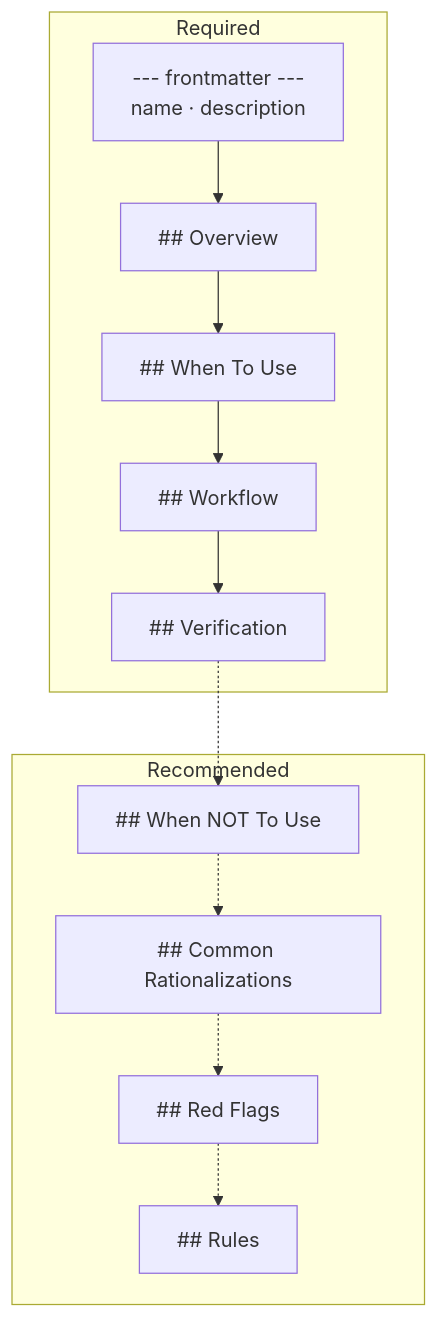
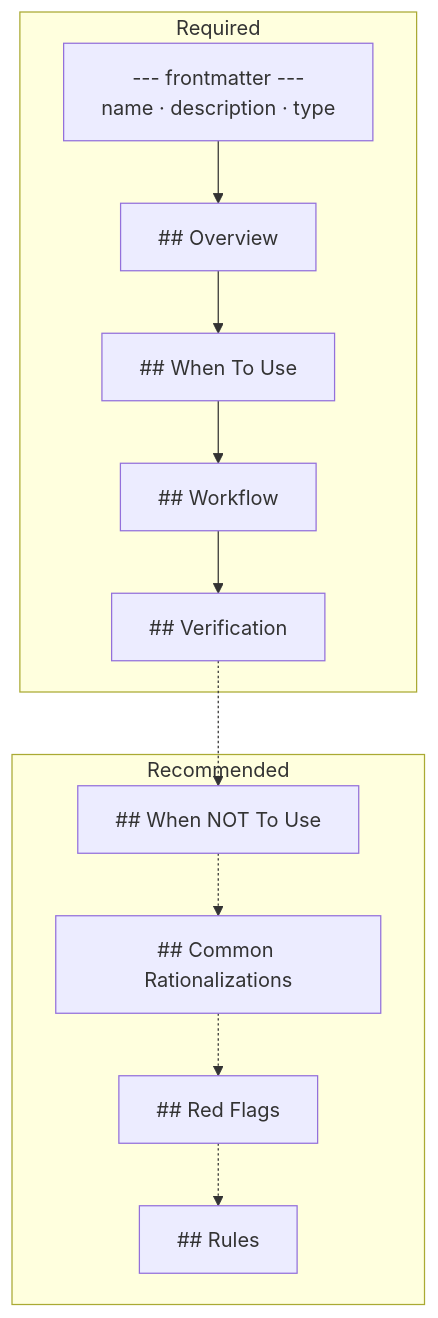
One commit to moberghr/mtk-agent-toolkit changed the first of 2 diagrams in docs/skill-anatomy.md. Above: the diagram before and after it, drawn with Mermaid. The commit also changed 50 other files, not shown here.

````diff
--- a/docs/skill-anatomy.md
+++ b/docs/skill-anatomy.md
@@ -49,20 +49,20 @@
 ```mermaid
 graph TD
     subgraph Required
-        FM["--- frontmatter ---<br/>name · description"]
+        FM["--- frontmatter ---<br/>name · description · type"]
         OV["## Overview"]
         WTU["## When To Use"]
         WF["## Workflow"]
         VER["## Verification"]
     end
 
     subgraph Recommended
         WNTU["## When NOT To Use"]
         CR["## Common Rationalizations"]
         RF["## Red Flags"]
         RU["## Rules"]
     end
 
     FM --> OV --> WTU --> WF --> VER
     VER -.-> WNTU -.-> CR -.-> RF -.-> RU
 ```
````
